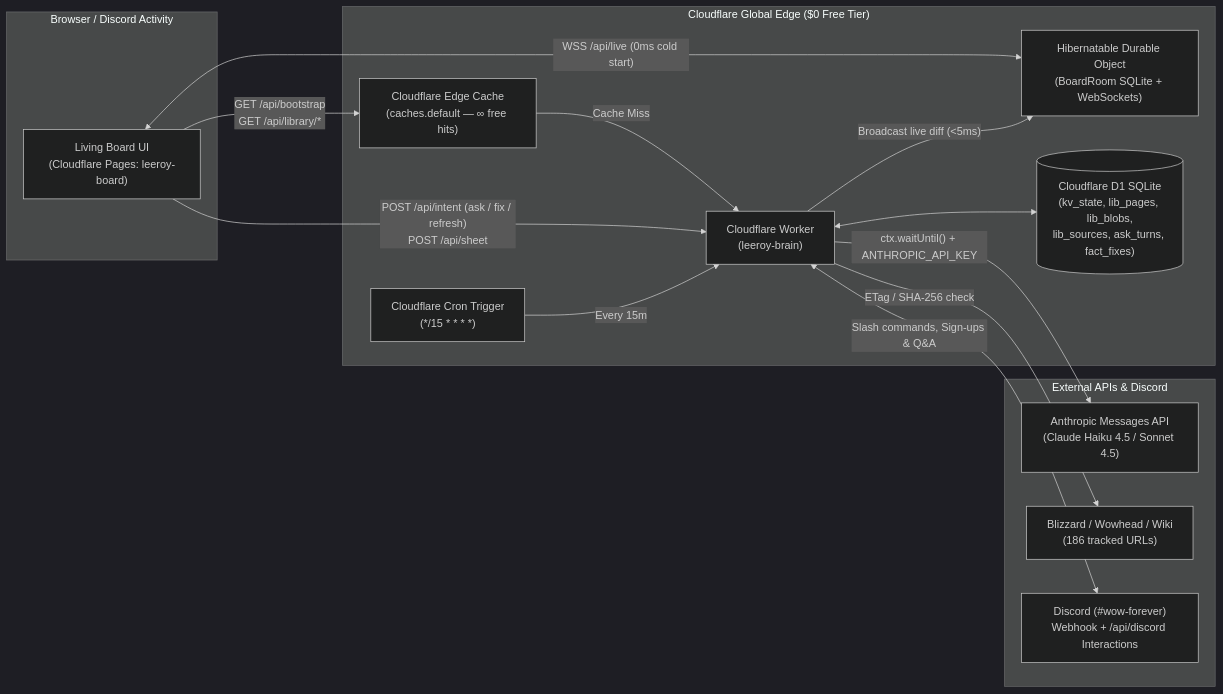
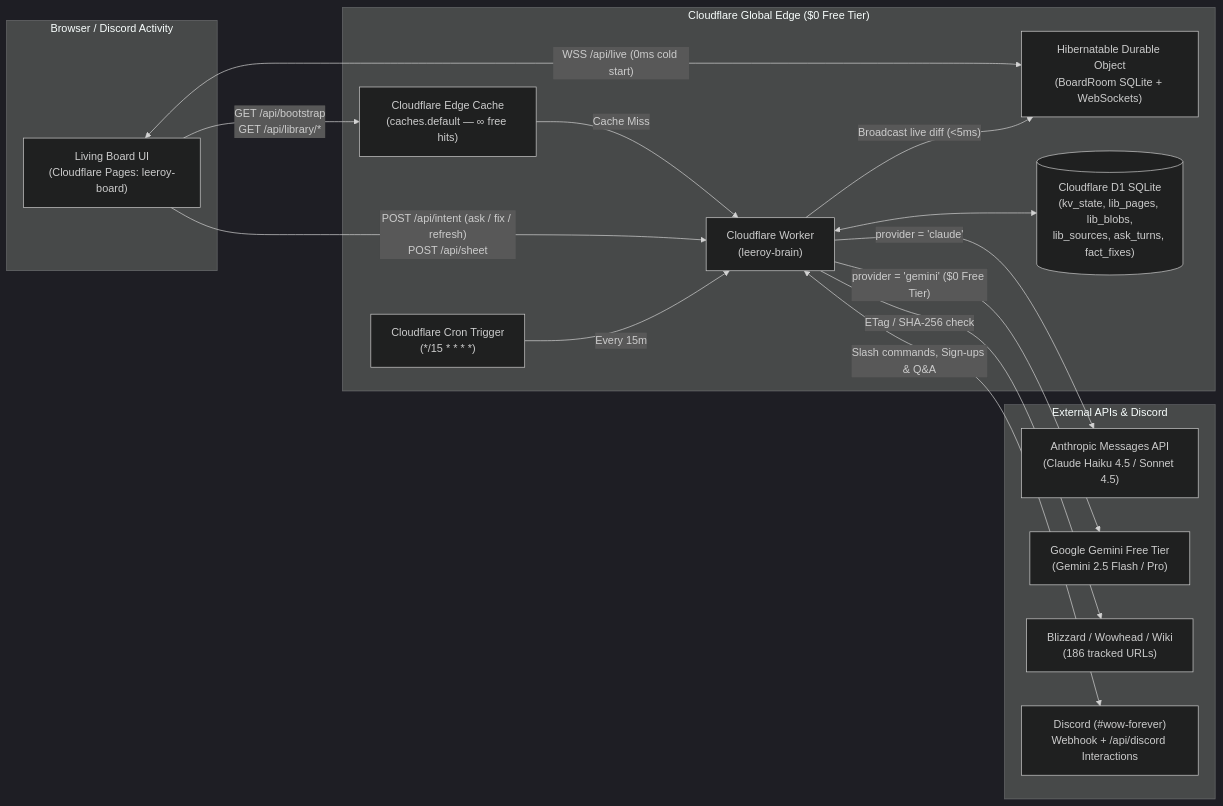
Before and after one commit to Matt-Bloise/leeroy-board: the diagram in infrastructure/README.md, drawn with Mermaid (dark theme). The commit also changed other lines of this file and 8 other files, not shown here.

Commit message:
feat: add AI model switching between Claude and Google Gemini Free Tier

````diff
--- a/infrastructure/README.md
+++ b/infrastructure/README.md
@@ -9,31 +9,33 @@
 ```mermaid
 flowchart LR
   subgraph Client["Browser / Discord Activity"]
     UI["Living Board UI\n(Cloudflare Pages: leeroy-board)"]
   end
 
   subgraph Edge["Cloudflare Global Edge ($0 Free Tier)"]
     Cache["Cloudflare Edge Cache\n(caches.default — ∞ free hits)"]
     Worker["Cloudflare Worker\n(leeroy-brain)"]
     DO["Hibernatable Durable Object\n(BoardRoom SQLite + WebSockets)"]
     D1[("Cloudflare D1 SQLite\n(kv_state, lib_pages, lib_blobs,\nlib_sources, ask_turns, fact_fixes)")]
     Cron["Cloudflare Cron Trigger\n(*/15 * * * *)"]
   end
 
   subgraph External["External APIs & Discord"]
     Claude["Anthropic Messages API\n(Claude Haiku 4.5 / Sonnet 4.5)"]
+    Gemini["Google Gemini Free Tier\n(Gemini 2.5 Flash / Pro)"]
     Sources["Blizzard / Wowhead / Wiki\n(186 tracked URLs)"]
     Discord["Discord (#wow-forever)\nWebhook + /api/discord Interactions"]
   end
 
   UI -- "GET /api/bootstrap\nGET /api/library/*" --> Cache
   Cache -- "Cache Miss" --> Worker
   Worker <--> D1
   UI <-->|"WSS /api/live (0ms cold start)"| DO
   UI -- "POST /api/intent (ask / fix / refresh)\nPOST /api/sheet" --> Worker
   Worker -- "Broadcast live diff (<5ms)" --> DO
-  Worker -- "ctx.waitUntil() + ANTHROPIC_API_KEY" --> Claude
+  Worker -- "provider = 'claude'" --> Claude
+  Worker -- "provider = 'gemini' ($0 Free Tier)" --> Gemini
   Worker <-->|"Slash commands, Sign-ups & Q&A"| Discord
   Cron -- "Every 15m" --> Worker
   Worker -- "ETag / SHA-256 check" --> Sources
 ```
````
